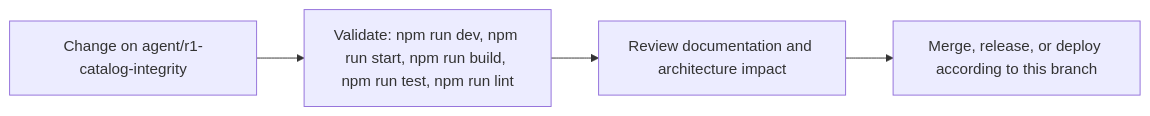
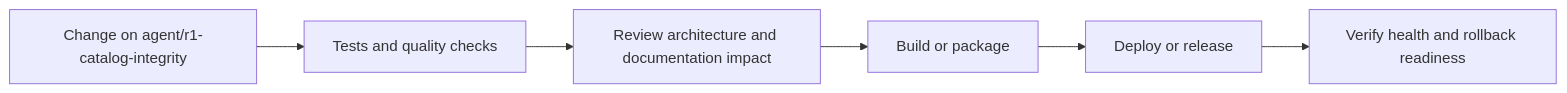
The fifth of 6 diagrams in README.md (Nischhalsubba/BindForge-NW), drawn with Mermaid before and after one commit. The commit also changed other lines of this file, not shown here.

````diff
--- a/README.md
+++ b/README.md
@@ -79,8 +174,8 @@
 ```mermaid
 flowchart LR
-    CHANGE["Change on agent/r1-catalog-integrity"]
-    CHECK["Validate: npm run dev, npm run start, npm run build, npm run test, npm run lint"]
-    REVIEW["Review documentation and architecture impact"]
-    RELEASE["Merge, release, or deploy according to this branch"]
-    CHANGE --> CHECK --> REVIEW --> RELEASE
+    CHANGE["Change on agent/r1-catalog-integrity"] --> CHECK["Tests and quality checks"]
+    CHECK --> REVIEW["Review architecture and documentation impact"]
+    REVIEW --> BUILD["Build or package"]
+    BUILD --> DEPLOY["Deploy or release"]
+    DEPLOY --> VERIFY["Verify health and rollback readiness"]
 ```
````
